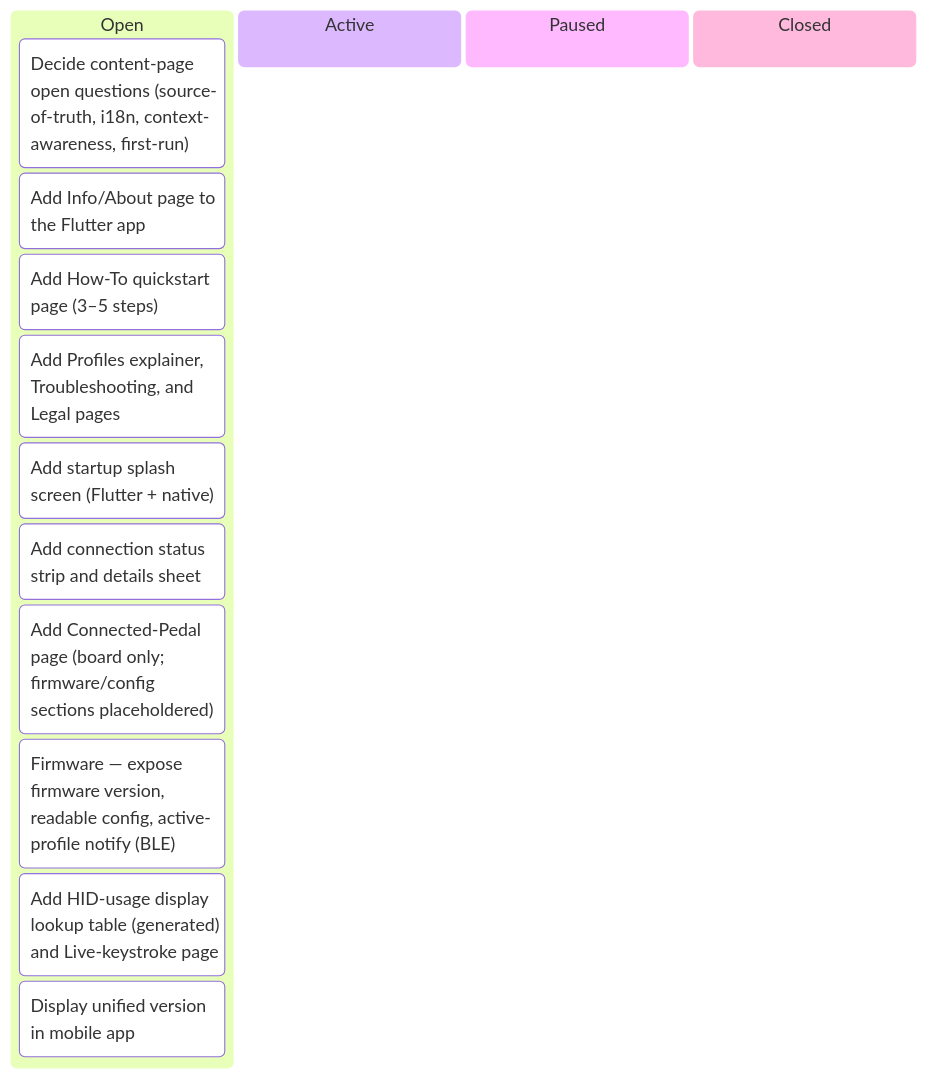
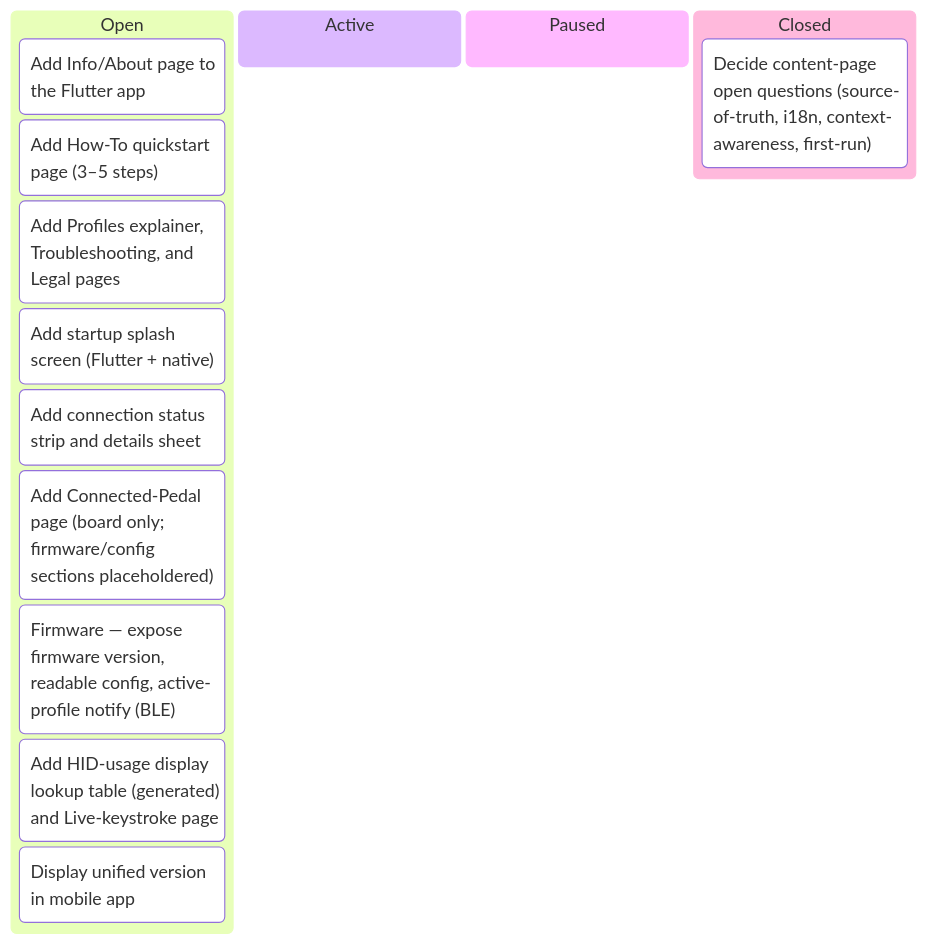
Before and after one commit to tgd1975/AwesomeStudioPedal: the first of 7 diagrams in docs/developers/tasks/KANBAN.md, drawn with Mermaid. The commit also changed other lines of this file and 8 other files, not shown here.

First line of the commit message:
close TASK-330: decide content-page foundations (Dart strings, English-only, static How-To, auto-show first-run)

````diff
--- a/docs/developers/tasks/KANBAN.md
+++ b/docs/developers/tasks/KANBAN.md
@@ -11,17 +11,17 @@
 ```mermaid
 kanban
   Open
-    TASK_330["Decide content-page open questions (source-of-truth, i18n, context-awareness, first-run)"]
     TASK_331["Add Info/About page to the Flutter app"]
     TASK_332["Add How-To quickstart page (3–5 steps)"]
     TASK_333["Add Profiles explainer, Troubleshooting, and Legal pages"]
     TASK_334["Add startup splash screen (Flutter + native)"]
     TASK_335["Add connection status strip and details sheet"]
     TASK_336["Add Connected-Pedal page (board only; firmware/config sections placeholdered)"]
     TASK_337["Firmware — expose firmware version, readable config, active-profile notify (BLE)"]
     TASK_338["Add HID-usage display lookup table (generated) and Live-keystroke page"]
     TASK_349["Display unified version in mobile app"]
   Active
   Paused
   Closed
+    TASK_330["Decide content-page open questions (source-of-truth, i18n, context-awareness, first-run)"]
 ```
````
